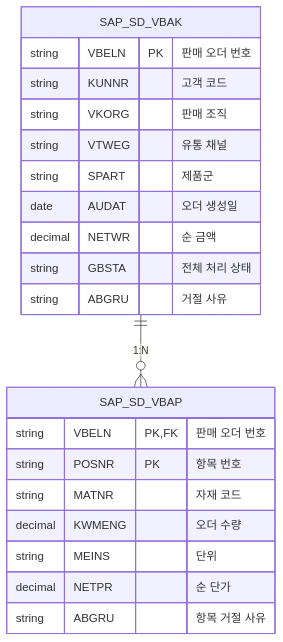
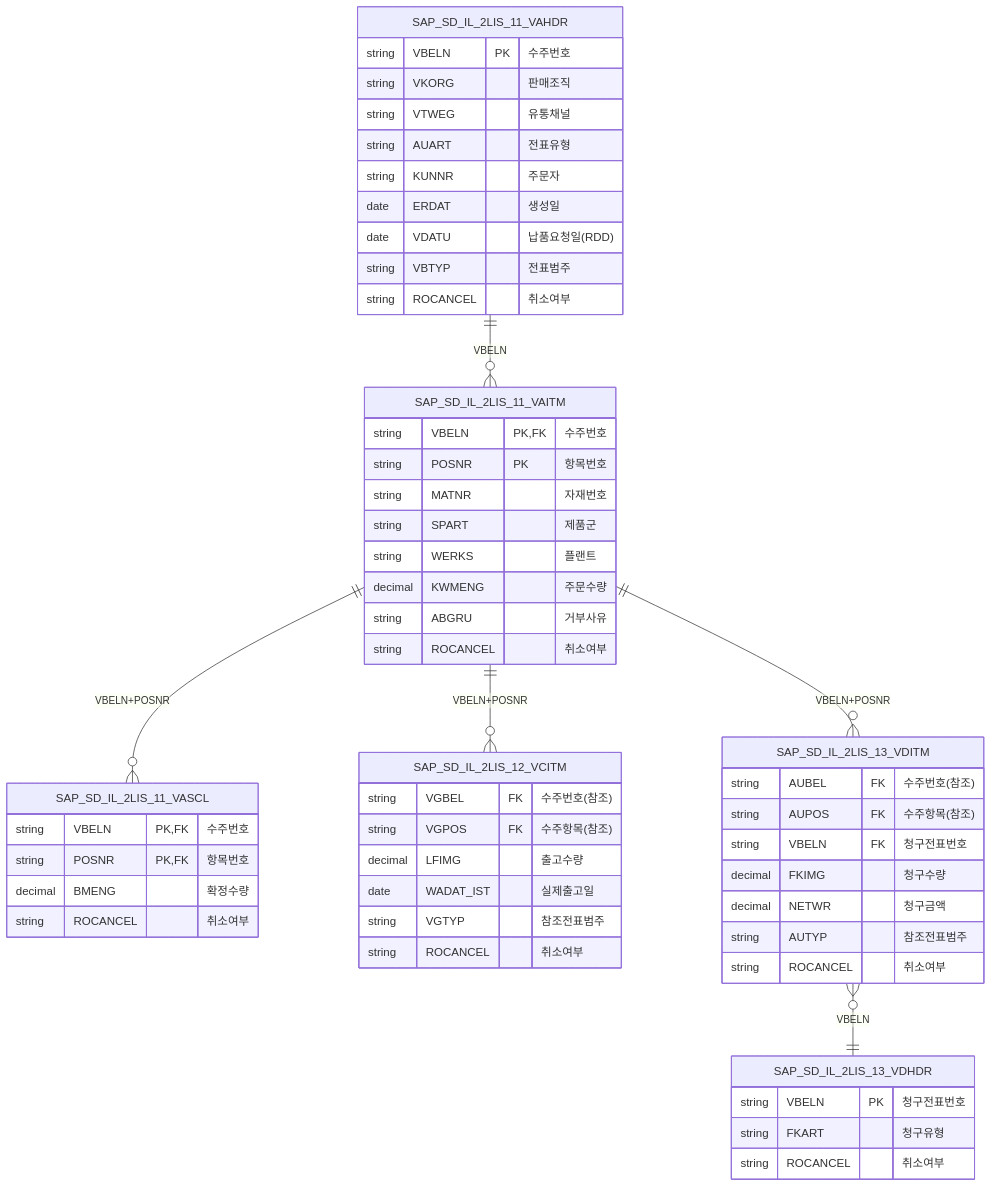
One commit to youngseols925/sap-datasphere-bdc-workshop changed the first of 3 diagrams in labs/lab4a-odp-fact-view-am.md. Above: the diagram before and after it, drawn with Mermaid. The commit also changed other lines of this file and 2 other files, not shown here.

````diff
--- a/labs/lab4a-odp-fact-view-am.md
+++ b/labs/lab4a-odp-fact-view-am.md
@@ -22,24 +24,58 @@
 ```mermaid
 erDiagram
-    SAP_SD_VBAK ||--o{ SAP_SD_VBAP : "1:N"
-    SAP_SD_VBAK {
-        string VBELN PK "판매 오더 번호"
-        string KUNNR "고객 코드"
-        string VKORG "판매 조직"
-        string VTWEG "유통 채널"
+    SAP_SD_IL_2LIS_11_VAHDR ||--o{ SAP_SD_IL_2LIS_11_VAITM : "VBELN"
+    SAP_SD_IL_2LIS_11_VAITM ||--o{ SAP_SD_IL_2LIS_11_VASCL : "VBELN+POSNR"
+    SAP_SD_IL_2LIS_11_VAITM ||--o{ SAP_SD_IL_2LIS_12_VCITM : "VBELN+POSNR"
+    SAP_SD_IL_2LIS_11_VAITM ||--o{ SAP_SD_IL_2LIS_13_VDITM : "VBELN+POSNR"
+    SAP_SD_IL_2LIS_13_VDITM }o--|| SAP_SD_IL_2LIS_13_VDHDR : "VBELN"
+
+    SAP_SD_IL_2LIS_11_VAHDR {
+        string VBELN PK "수주번호"
+        string VKORG "판매조직"
+        string VTWEG "유통채널"
+        string AUART "전표유형"
+        string KUNNR "주문자"
+        date ERDAT "생성일"
+        date VDATU "납품요청일(RDD)"
+        string VBTYP "전표범주"
+        string ROCANCEL "취소여부"
+    }
+    SAP_SD_IL_2LIS_11_VAITM {
+        string VBELN PK,FK "수주번호"
+        string POSNR PK "항목번호"
+        string MATNR "자재번호"
         string SPART "제품군"
-        date AUDAT "오더 생성일"
-        decimal NETWR "순 금액"
-        string GBSTA "전체 처리 상태"
-        string ABGRU "거절 사유"
+        string WERKS "플랜트"
+        decimal KWMENG "주문수량"
+        string ABGRU "거부사유"
+        string ROCANCEL "취소여부"
     }
-    SAP_SD_VBAP {
-        string VBELN PK,FK "판매 오더 번호"
-        string POSNR PK "항목 번호"
-        string MATNR "자재 코드"
-        decimal KWMENG "오더 수량"
-        string MEINS "단위"
-        decimal NETPR "순 단가"
-        string ABGRU "항목 거절 사유"
+    SAP_SD_IL_2LIS_11_VASCL {
+        string VBELN PK,FK "수주번호"
+        string POSNR PK,FK "항목번호"
+        decimal BMENG "확정수량"
+        string ROCANCEL "취소여부"
+    }
+    SAP_SD_IL_2LIS_12_VCITM {
+        string VGBEL FK "수주번호(참조)"
+        string VGPOS FK "수주항목(참조)"
+        decimal LFIMG "출고수량"
+        date WADAT_IST "실제출고일"
+        string VGTYP "참조전표범주"
+        string ROCANCEL "취소여부"
+    }
+    SAP_SD_IL_2LIS_13_VDITM {
+        string AUBEL FK "수주번호(참조)"
+        string AUPOS FK "수주항목(참조)"
+        string VBELN FK "청구전표번호"
+        decimal FKIMG "청구수량"
+        decimal NETWR "청구금액"
+        string AUTYP "참조전표범주"
+        string ROCANCEL "취소여부"
+    }
+    SAP_SD_IL_2LIS_13_VDHDR {
+        string VBELN PK "청구전표번호"
+        string FKART "청구유형"
+        string ROCANCEL "취소여부"
     }
 ```
````
